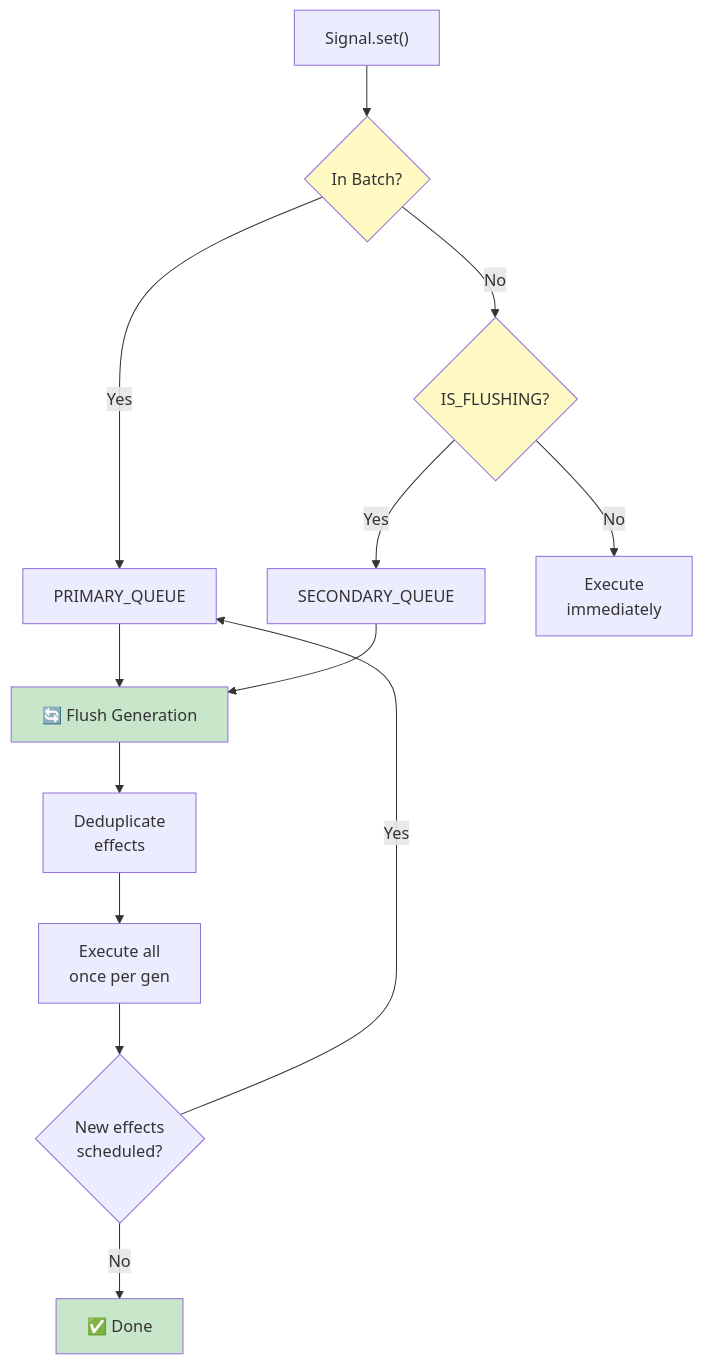
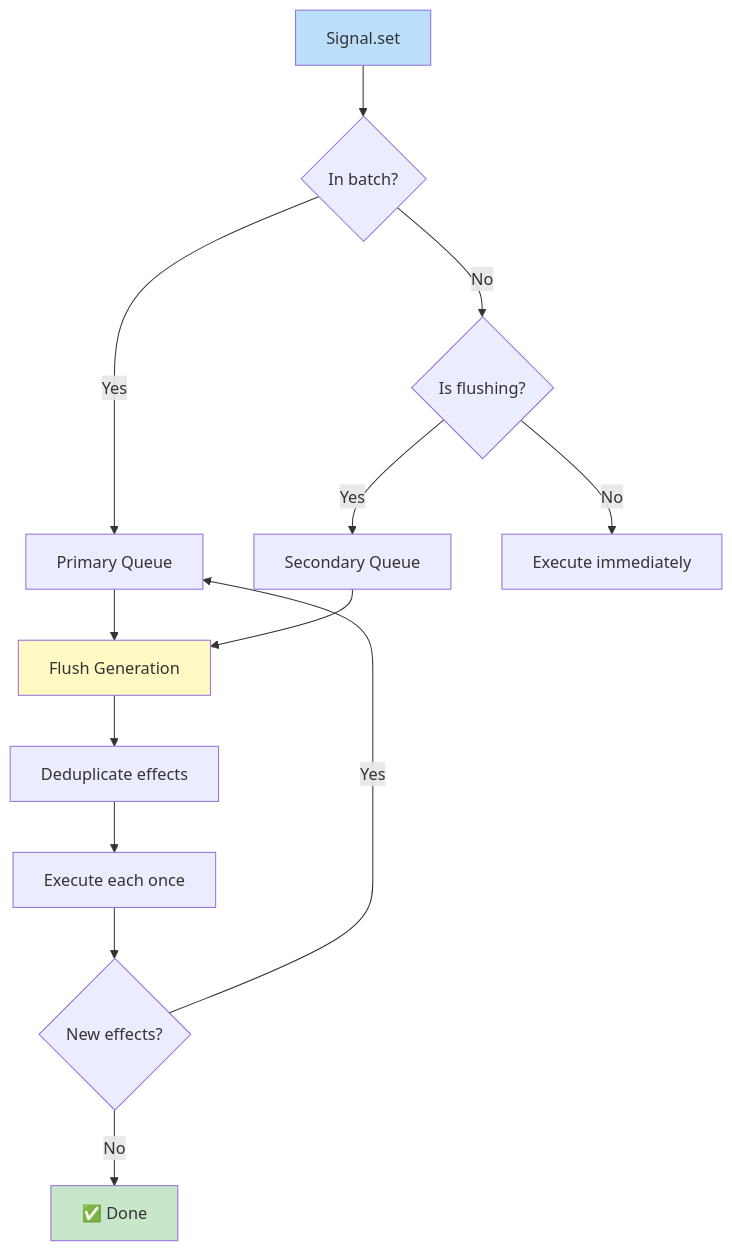
Before and after one commit to medyll/domus: the third of 7 diagrams in README.md, drawn with Mermaid. The commit also changed other lines of this file and 18 other files, not shown here.

````diff
--- a/README.md
+++ b/README.md
@@ -199,22 +522,21 @@
 ```mermaid
-graph TD
-    SIG["Signal.set()"] --> BATCH{In Batch?}
-    BATCH -->|Yes| PQ["PRIMARY_QUEUE"]
-    BATCH -->|No| IS{IS_FLUSHING?}
-    IS -->|Yes| SQ["SECONDARY_QUEUE"]
-    IS -->|No| EXEC["Execute<br/>immediately"]
-
-    PQ --> FLUSH["🔄 Flush Generation"]
-    SQ --> FLUSH
-
-    FLUSH --> DEDUP["Deduplicate<br/>effects"]
-    DEDUP --> EXEC2["Execute all<br/>once per gen"]
-    EXEC2 --> NEXT{New effects<br/>scheduled?}
-    NEXT -->|Yes| PQ
-    NEXT -->|No| END["✅ Done"]
-
-    style BATCH fill:#fff9c4
-    style IS fill:#fff9c4
-    style FLUSH fill:#c8e6c9
-    style END fill:#c8e6c9
+flowchart TD
+    Start[Signal.set] --> Batch{In batch?}
+    Batch -->|Yes| PQ[Primary Queue]
+    Batch -->|No| Flush{Is flushing?}
+    Flush -->|Yes| SQ[Secondary Queue]
+    Flush -->|No| Exec1[Execute immediately]
+    
+    PQ --> FlushQ[Flush Generation]
+    SQ --> FlushQ
+    
+    FlushQ --> Dedup[Deduplicate effects]
+    Dedup --> Exec2[Execute each once]
+    Exec2 --> New{New effects?}
+    New -->|Yes| PQ
+    New -->|No| Done[✅ Done]
+    
+    style Start fill:#bbdefb
+    style Done fill:#c8e6c9
+    style FlushQ fill:#fff9c4
 ```
````
